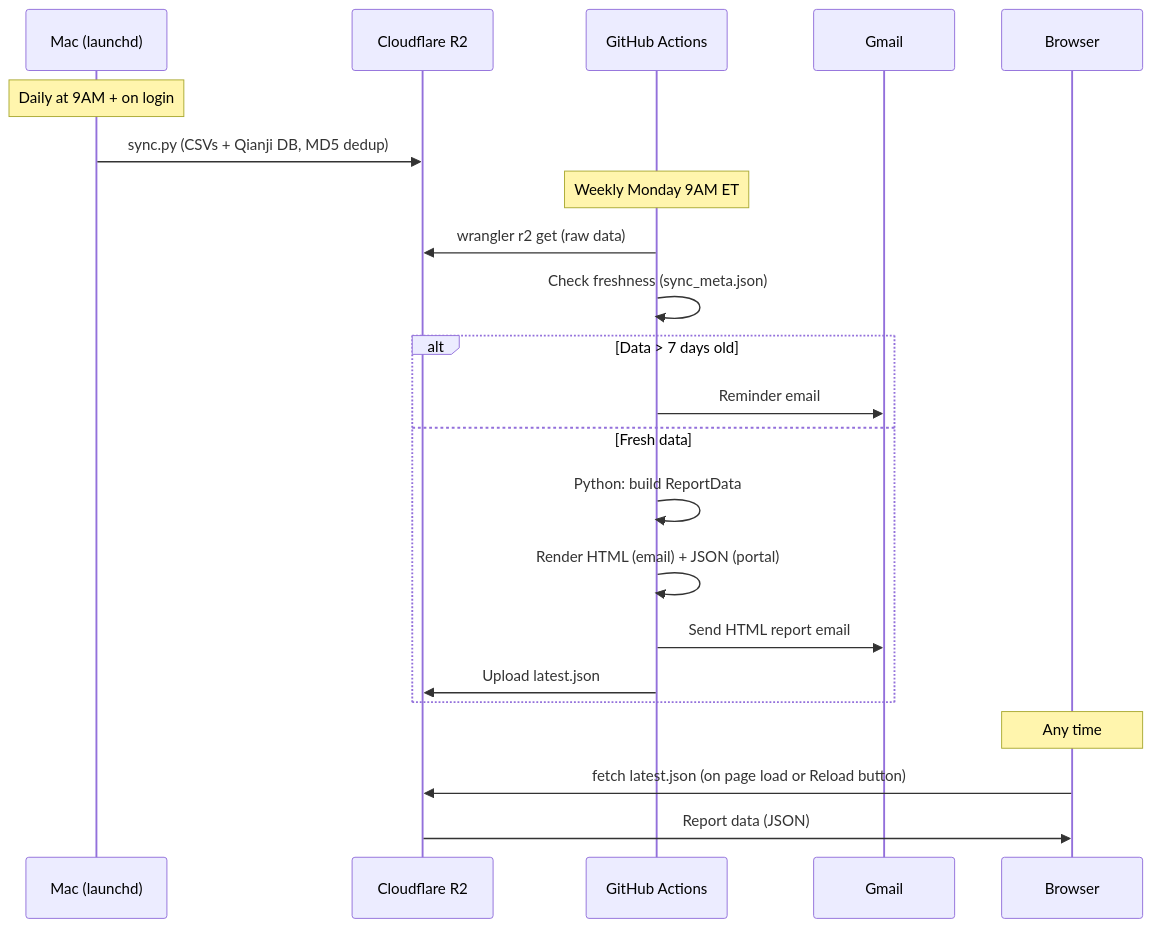
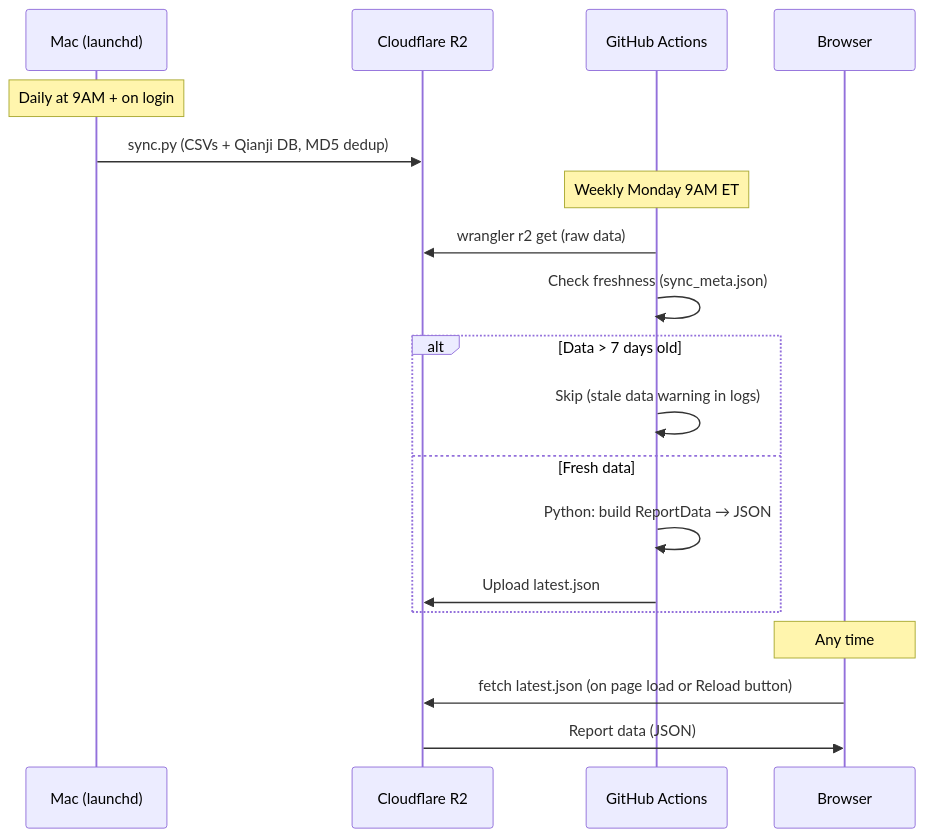
Before and after one commit to Guoyuer/portal: the second of 4 diagrams in README.md, drawn with Mermaid. The commit also changed other lines of this file, not shown here.

````diff
--- a/README.md
+++ b/README.md
@@ -46,27 +47,24 @@
 ```mermaid
 sequenceDiagram
     participant Mac as Mac (launchd)
     participant R2 as Cloudflare R2
     participant GA as GitHub Actions
-    participant GM as Gmail
     participant User as Browser
 
     Note over Mac: Daily at 9AM + on login
     Mac->>R2: sync.py (CSVs + Qianji DB, MD5 dedup)
 
     Note over GA: Weekly Monday 9AM ET
     GA->>R2: wrangler r2 get (raw data)
     GA->>GA: Check freshness (sync_meta.json)
     alt Data > 7 days old
-        GA->>GM: Reminder email
+        GA->>GA: Skip (stale data warning in logs)
     else Fresh data
-        GA->>GA: Python: build ReportData
-        GA->>GA: Render HTML (email) + JSON (portal)
-        GA->>GM: Send HTML report email
+        GA->>GA: Python: build ReportData → JSON
         GA->>R2: Upload latest.json
     end
 
     Note over User: Any time
     User->>R2: fetch latest.json (on page load or Reload button)
     R2->>User: Report data (JSON)
 ```
````
